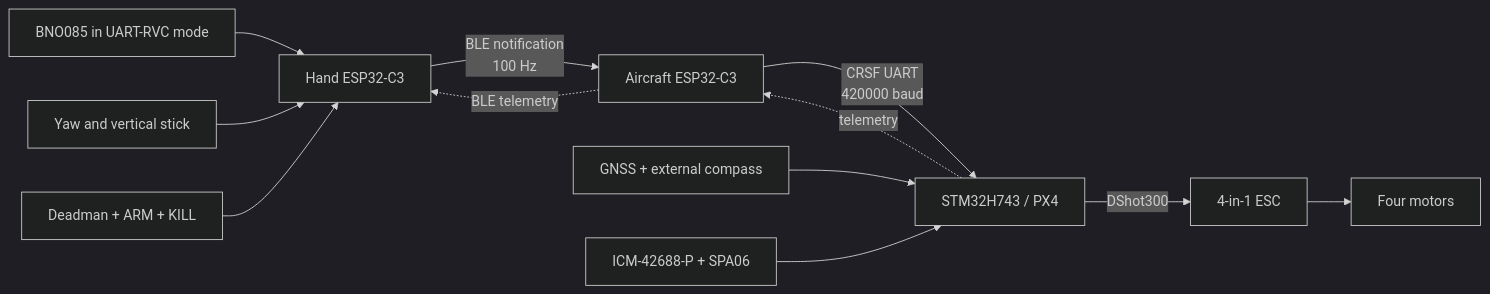
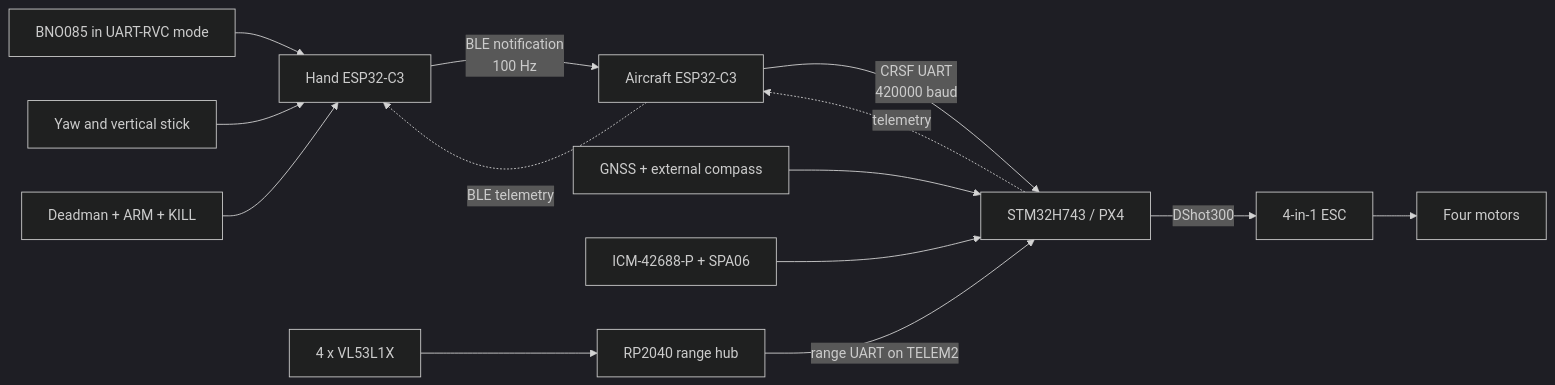
One commit to Samiurr10/gesture-controlled-drone changed the first of 3 diagrams in docs/architecture.md. Above: the diagram before and after it, drawn with Mermaid (dark theme). The commit also changed other lines of this file and 10 other files, not shown here.

Commit message:
docs: add collision prevention sensor architecture

````diff
--- a/docs/architecture.md
+++ b/docs/architecture.md
@@ -22,14 +24,16 @@
 ```mermaid
 flowchart LR
     bno[BNO085 in UART-RVC mode] --> hand[Hand ESP32-C3]
     stick[Yaw and vertical stick] --> hand
     switches[Deadman + ARM + KILL] --> hand
     hand -->|BLE notification\n100 Hz| gateway[Aircraft ESP32-C3]
     gateway -->|CRSF UART\n420000 baud| h7[STM32H743 / PX4]
     gps[GNSS + external compass] --> h7
     imu[ICM-42688-P + SPA06] --> h7
+    tof[4 x VL53L1X] --> hub[RP2040 range hub]
+    hub -->|range UART on TELEM2| h7
     h7 -->|DShot300| esc[4-in-1 ESC]
     esc --> motors[Four motors]
     h7 -. telemetry .-> gateway
     gateway -. BLE telemetry .-> hand
 ```
````
